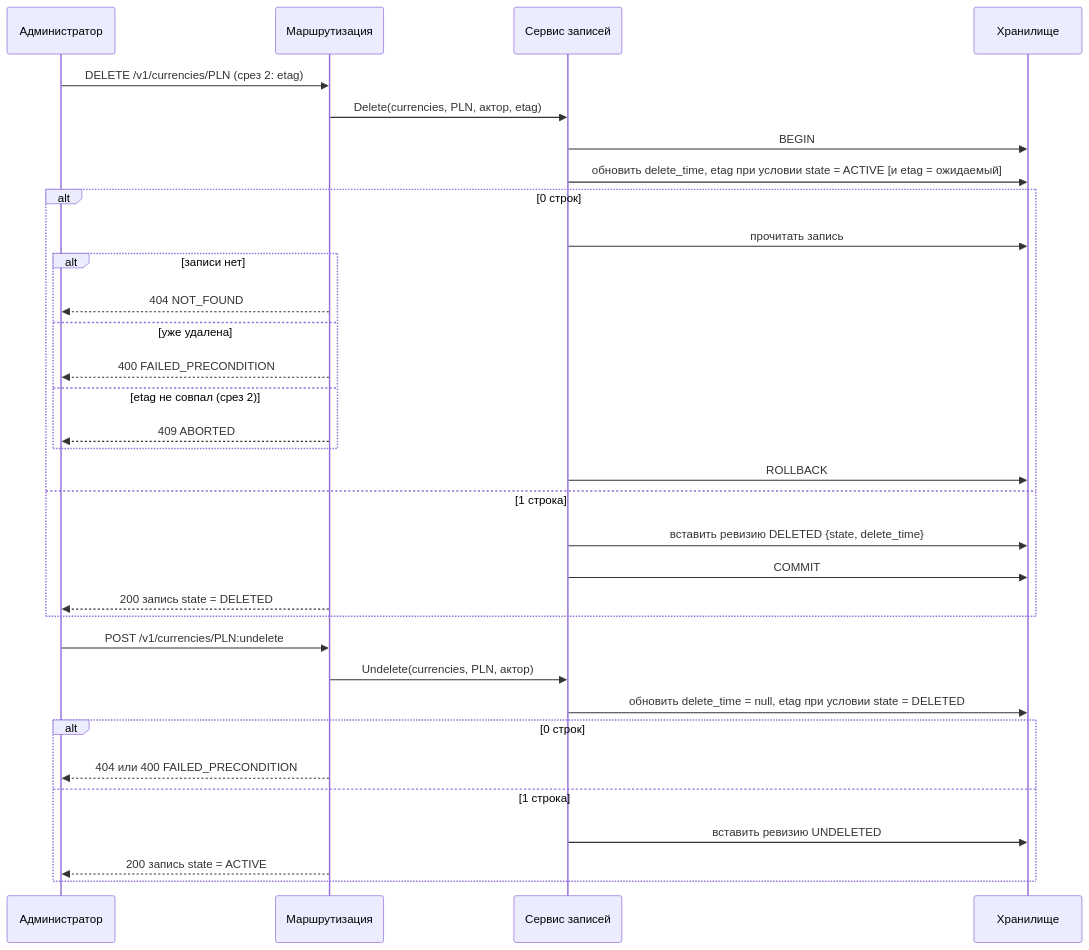
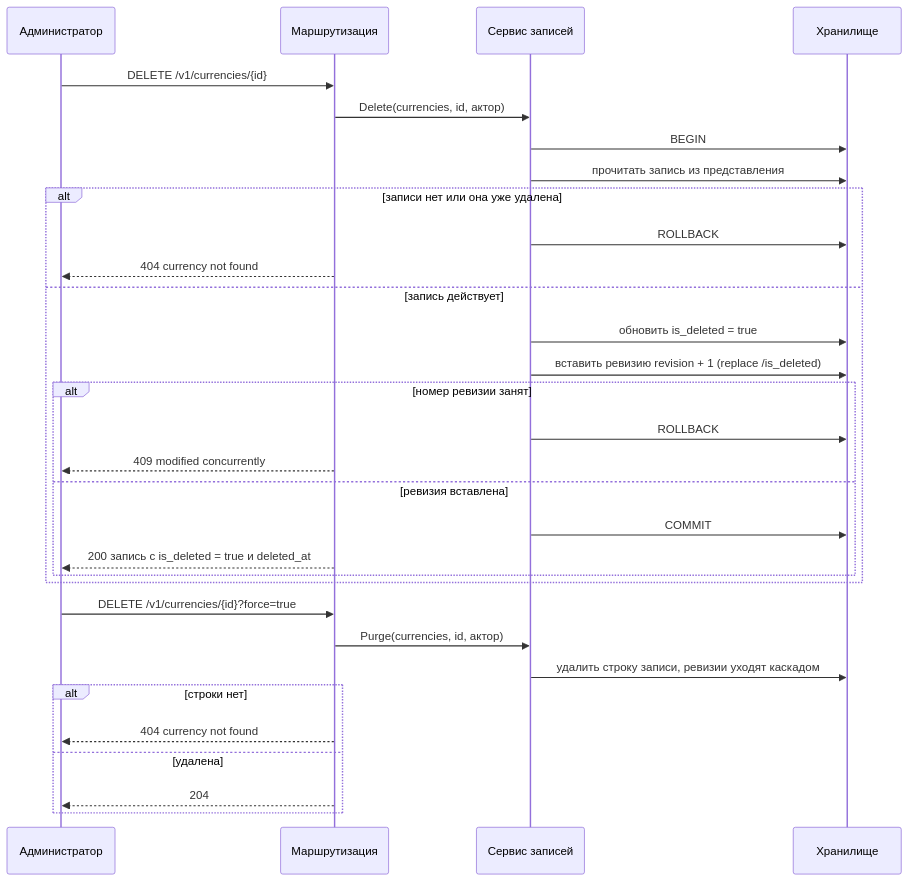
One commit to MEPhI-C22-501/arch-info-system-monorepo changed the second of 11 diagrams in reference-manager/documents/155.sequence-diagrams.md. Above: the diagram before and after it, drawn with Mermaid. The commit also changed other lines of this file and 27 other files, not shown here.

````diff
--- a/reference-manager/documents/155.sequence-diagrams.md
+++ b/reference-manager/documents/155.sequence-diagrams.md
@@ -44,35 +45,33 @@
 ```mermaid
 sequenceDiagram
     participant A as Администратор
     participant H as Маршрутизация
     participant S as Сервис записей
     participant R as Хранилище
-    A->>H: DELETE /v1/currencies/PLN (срез 2: etag)
-    H->>S: Delete(currencies, PLN, актор, etag)
+    A->>H: DELETE /v1/currencies/{id}
+    H->>S: Delete(currencies, id, актор)
     S->>R: BEGIN
-    S->>R: обновить delete_time, etag при условии state = ACTIVE [и etag = ожидаемый]
-    alt 0 строк
-        S->>R: прочитать запись
-        alt записи нет
-            H-->>A: 404 NOT_FOUND
-        else уже удалена
-            H-->>A: 400 FAILED_PRECONDITION
-        else etag не совпал (срез 2)
-            H-->>A: 409 ABORTED
+    S->>R: прочитать запись из представления
+    alt записи нет или она уже удалена
+        S->>R: ROLLBACK
+        H-->>A: 404 currency not found
+    else запись действует
+        S->>R: обновить is_deleted = true
+        S->>R: вставить ревизию revision + 1 (replace /is_deleted)
+        alt номер ревизии занят
+            S->>R: ROLLBACK
+            H-->>A: 409 modified concurrently
+        else ревизия вставлена
+            S->>R: COMMIT
+            H-->>A: 200 запись с is_deleted = true и deleted_at
         end
-        S->>R: ROLLBACK
-    else 1 строка
-        S->>R: вставить ревизию DELETED {state, delete_time}
-        S->>R: COMMIT
-        H-->>A: 200 запись state = DELETED
     end
-    A->>H: POST /v1/currencies/PLN:undelete
-    H->>S: Undelete(currencies, PLN, актор)
-    S->>R: обновить delete_time = null, etag при условии state = DELETED
-    alt 0 строк
-        H-->>A: 404 или 400 FAILED_PRECONDITION
-    else 1 строка
-        S->>R: вставить ревизию UNDELETED
-        H-->>A: 200 запись state = ACTIVE
+    A->>H: DELETE /v1/currencies/{id}?force=true
+    H->>S: Purge(currencies, id, актор)
+    S->>R: удалить строку записи, ревизии уходят каскадом
+    alt строки нет
+        H-->>A: 404 currency not found
+    else удалена
+        H-->>A: 204
     end
 ```
````
